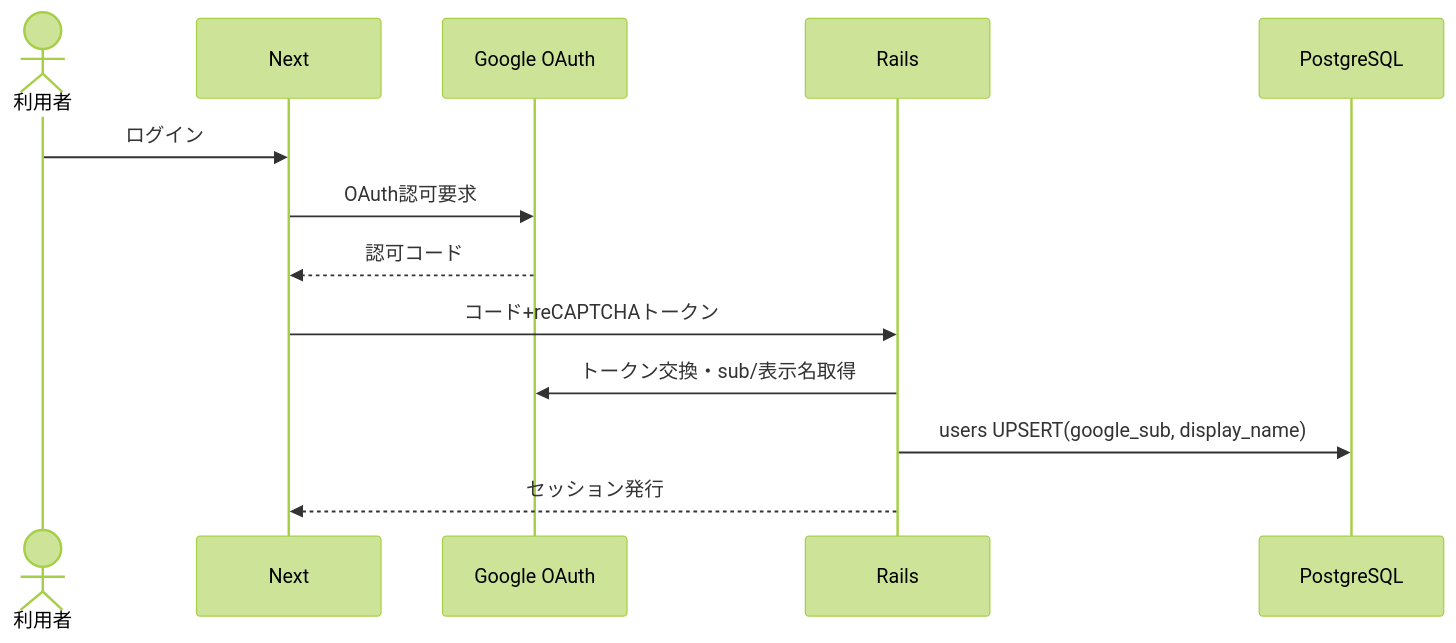
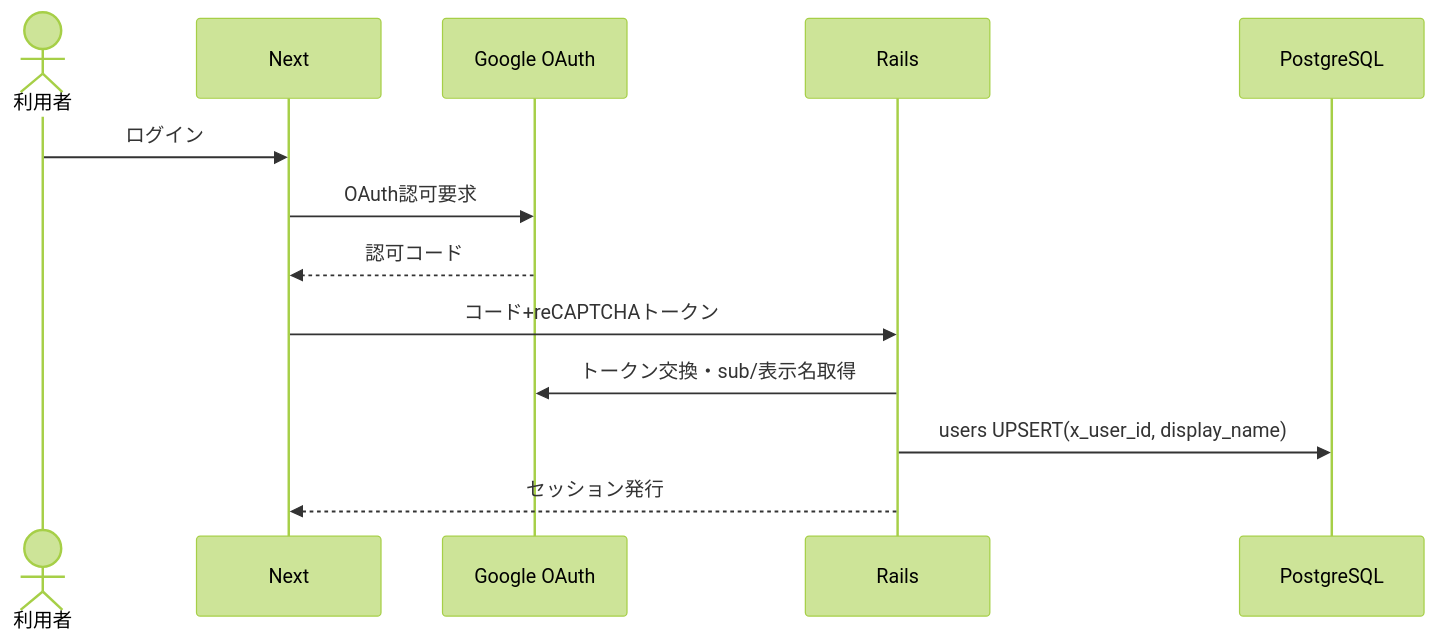
Before and after one commit to rictaworks/questboard: the fifth of 10 diagrams in questboard_design_document.md, drawn with Mermaid (forest theme). The commit also changed other lines of this file and 49 other files, not shown here.

````diff
--- a/questboard_design_document.md
+++ b/questboard_design_document.md
@@ -346,16 +346,16 @@
 ```mermaid
 sequenceDiagram
     actor U as 利用者
     participant FE as Next
     participant G as Google OAuth
     participant API as Rails
     participant DB as PostgreSQL
 
     U->>FE: ログイン
     FE->>G: OAuth認可要求
     G-->>FE: 認可コード
     FE->>API: コード+reCAPTCHAトークン
     API->>G: トークン交換・sub/表示名取得
-    API->>DB: users UPSERT(google_sub, display_name)
+    API->>DB: users UPSERT(x_user_id, display_name)
     API-->>FE: セッション発行
 ```
````
